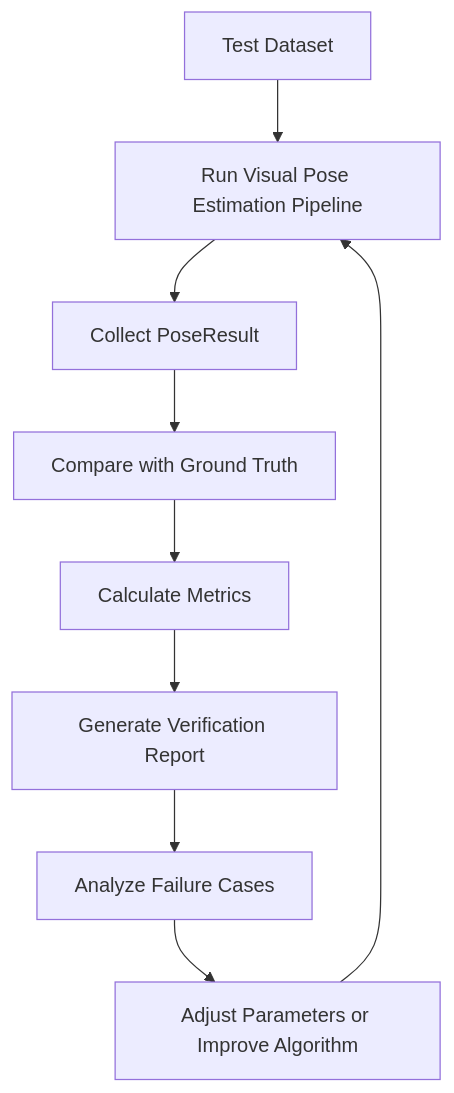
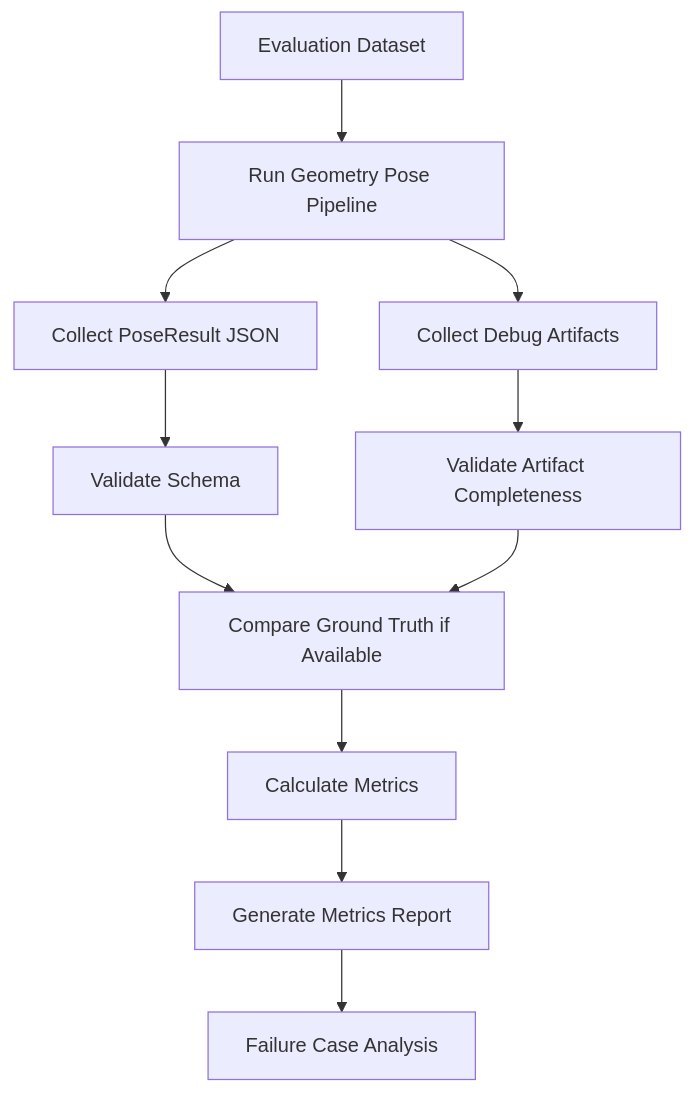
Before and after one commit to Rt209/camera-angle: the diagram in breakdown/01_Geometry_Based_Pose/05_Verification/verification_plan.md, drawn with Mermaid. The commit also changed other lines of this file and 8 other files, not shown here.

````diff
--- a/breakdown/01_Geometry_Based_Pose/05_Verification/verification_plan.md
+++ b/breakdown/01_Geometry_Based_Pose/05_Verification/verification_plan.md
@@ -63,11 +9,13 @@
 ```mermaid
 flowchart TD
-    A[Test Dataset] --> B[Run Visual Pose Estimation Pipeline]
-    B --> C[Collect PoseResult]
-    C --> D[Compare with Ground Truth]
-    D --> E[Calculate Metrics]
-    E --> F[Generate Verification Report]
-    F --> G[Analyze Failure Cases]
-    G --> H[Adjust Parameters or Improve Algorithm]
-    H --> B
+    A[Evaluation Dataset] --> B[Run Geometry Pose Pipeline]
+    B --> C[Collect PoseResult JSON]
+    B --> D[Collect Debug Artifacts]
+    C --> E[Validate Schema]
+    D --> F[Validate Artifact Completeness]
+    E --> G[Compare Ground Truth if Available]
+    F --> G
+    G --> H[Calculate Metrics]
+    H --> I[Generate Metrics Report]
+    I --> J[Failure Case Analysis]
 ```
````
